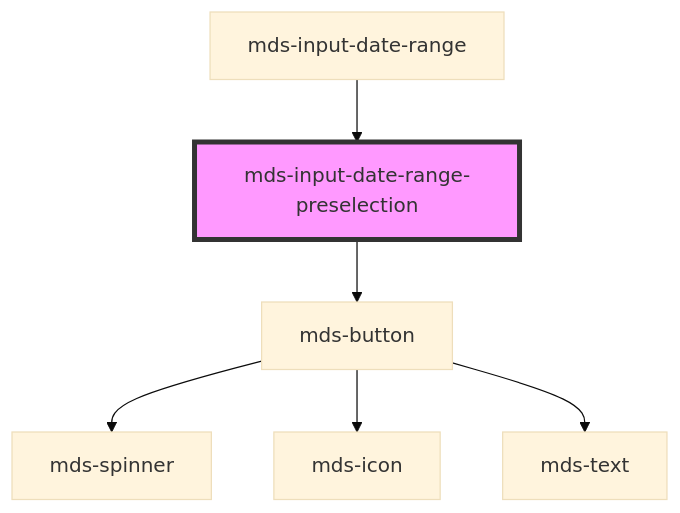
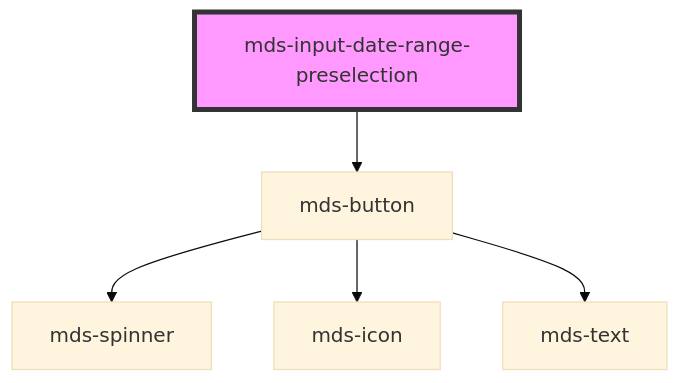
One commit to magma-design-system/magma changed the diagram in projects/stencil/src/components/mds-input-date-range-preselection/readme.md. Above: the diagram before and after it, drawn with Mermaid (base theme). The commit also changed other lines of this file and 65 other files, not shown here.

Commit message:
feat: update preselection logic in mds-input-date-range

````diff
--- a/projects/stencil/src/components/mds-input-date-range-preselection/readme.md
+++ b/projects/stencil/src/components/mds-input-date-range-preselection/readme.md
@@ -27,9 +23,8 @@
 ```mermaid
 graph TD;
   mds-input-date-range-preselection --> mds-button
   mds-button --> mds-spinner
   mds-button --> mds-icon
   mds-button --> mds-text
-  mds-input-date-range --> mds-input-date-range-preselection
   style mds-input-date-range-preselection fill:#f9f,stroke:#333,stroke-width:4px
 ```
````
